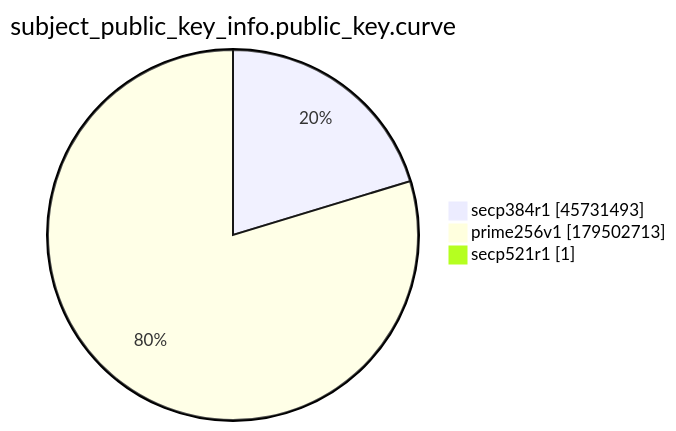
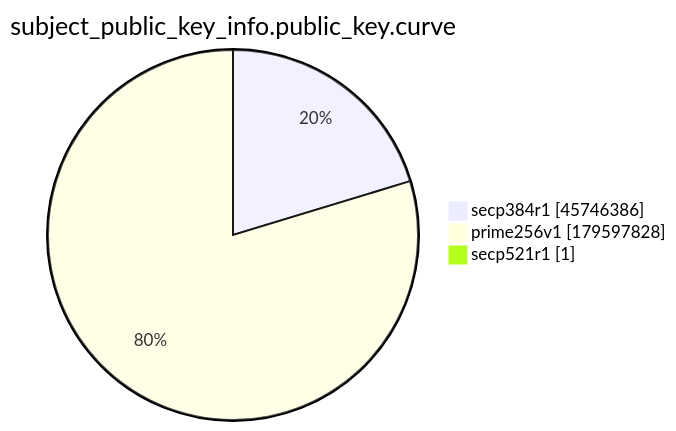
Before and after one commit to christiankrug/ctmonitor_visualization: the ninth of 15 diagrams in xenon2022/README.md, drawn with Mermaid. The commit also changed other lines of this file, not shown here.

````diff
--- a/xenon2022/README.md
+++ b/xenon2022/README.md
@@ -2873,7 +2873,7 @@
 ```mermaid
 pie showData
 title subject_public_key_info.public_key.curve
-"secp384r1" :45731493
-"prime256v1" :179502713
+"secp384r1" :45746386
+"prime256v1" :179597828
 "secp521r1" :1
 ```
````
